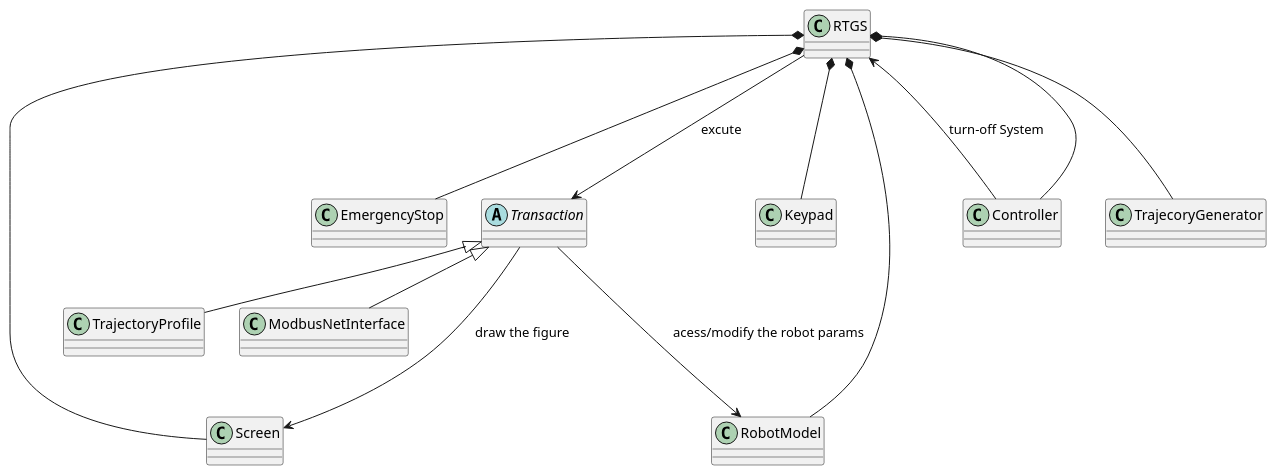
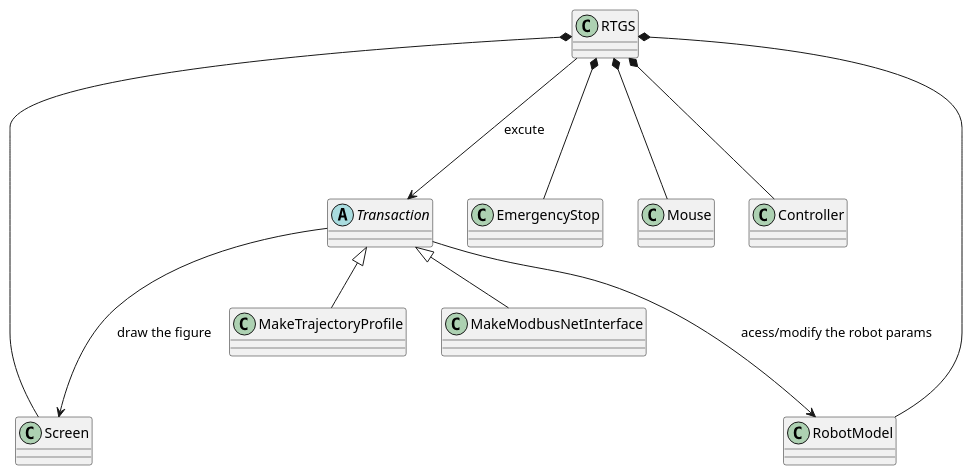
One commit to MarcioFreitasUFSC21/RTGS-Master-Course-System changed the diagram in classesRTGS.plantuml. Above: the diagram before and after it, drawn with PlantUML. The commit also changed 8 other files, not shown here.

```diff
--- a/classesRTGS.plantuml
+++ b/classesRTGS.plantuml
@@ -1,15 +1,14 @@
 @startuml
 abstract class "Transaction"
 RTGS *---EmergencyStop
 RTGS *---Screen
-RTGS *---Keypad
+RTGS *---Mouse
 RTGS *---Controller
 RTGS *--- RobotModel
-RTGS *--- TrajecoryGenerator
 RTGS ---> "Transaction" : excute
-"Transaction" <|-- TrajectoryProfile
-"Transaction" <|-- ModbusNetInterface
+"Transaction" <|-- MakeTrajectoryProfile
+"Transaction" <|-- MakeModbusNetInterface
 "Transaction" ---> RobotModel : acess/modify the robot params
 "Transaction" ---> Screen : draw the figure
-Controller --> RTGS: turn-off System
+
 @enduml
```
